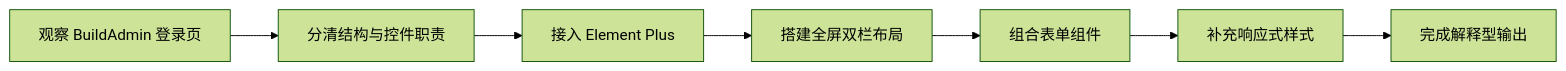
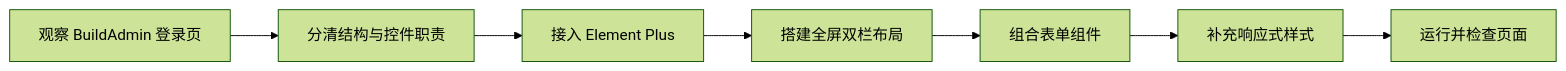
Before and after one commit to HuntTwice/ba-learn: the diagram in lessons/第08节-后台页面样式与Element Plus/第08节-后台页面样式与Element Plus.md, drawn with Mermaid (forest theme). The commit also changed other lines of this file and 8 other files, not shown here.

````diff
--- a/lessons/第08节-后台页面样式与Element Plus/第08节-后台页面样式与Element Plus.md
+++ b/lessons/第08节-后台页面样式与Element Plus/第08节-后台页面样式与Element Plus.md
@@ -37,9 +37,9 @@
 ```mermaid
 flowchart LR
     A[观察 BuildAdmin 登录页] --> B[分清结构与控件职责]
     B --> C[接入 Element Plus]
     C --> D[搭建全屏双栏布局]
     D --> E[组合表单组件]
     E --> F[补充响应式样式]
-    F --> G[完成解释型输出]
+    F --> G[运行并检查页面]
 ```
````
